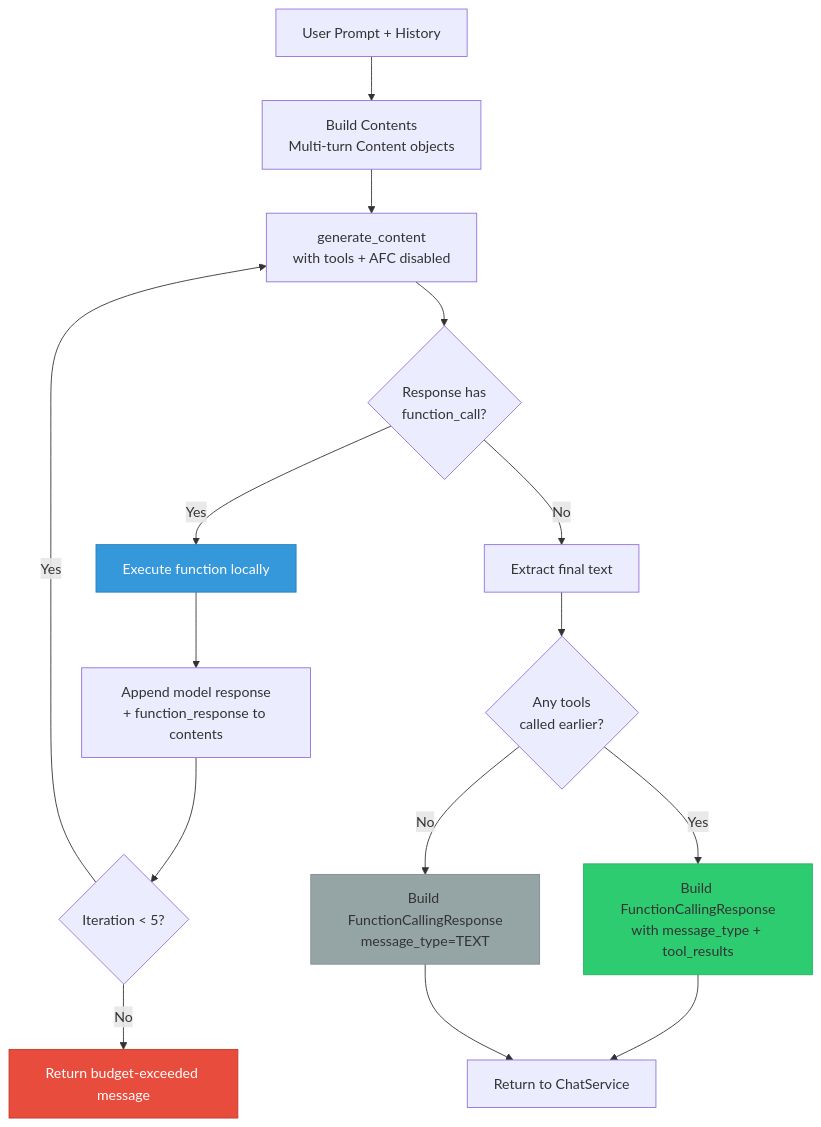
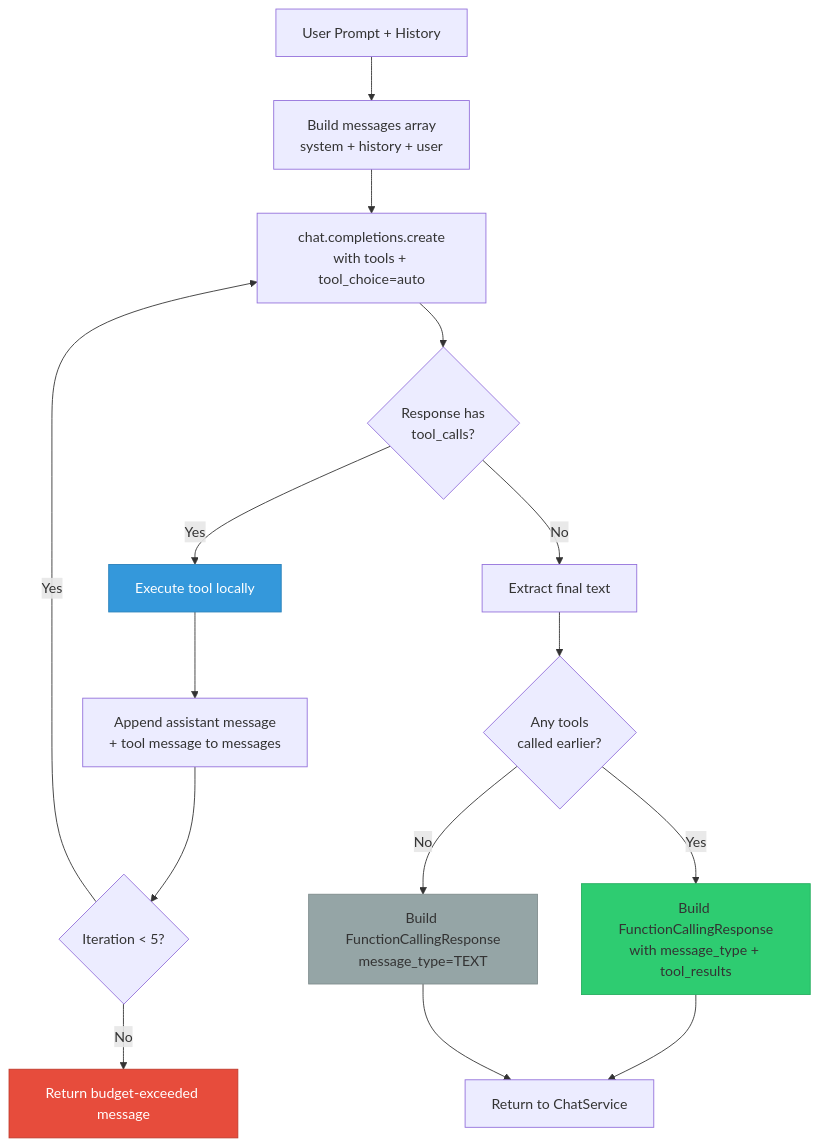
Before and after one commit to Nhan-Laptop/NT208.Q21.ANTN: diagram 23 of 29 in architecture.md, drawn with Mermaid. The commit also changed other lines of this file and 16 other files, not shown here.

First line of the commit message:
docs: update architecture, README, CLAUDE.md — Groq + ChromaDB migration (Session 17)

````diff
--- a/architecture.md
+++ b/architecture.md
@@ -2435,24 +2451,24 @@
 ```mermaid
 flowchart TD
-    A[User Prompt + History] --> B[Build Contents<br/>Multi-turn Content objects]
-    B --> C[generate_content<br/>with tools + AFC disabled]
-    C --> D{Response has<br/>function_call?}
+    A[User Prompt + History] --> B[Build messages array<br/>system + history + user]
+    B --> C[chat.completions.create<br/>with tools + tool_choice=auto]
+    C --> D{Response has<br/>tool_calls?}
 
-    D -->|Yes| E[Execute function locally]
-    E --> F[Append model response<br/>+ function_response to contents]
+    D -->|Yes| E[Execute tool locally]
+    E --> F[Append assistant message<br/>+ tool message to messages]
     F --> G{Iteration < 5?}
     G -->|Yes| C
     G -->|No| H[Return budget-exceeded message]
 
     D -->|No| I[Extract final text]
     I --> J{Any tools<br/>called earlier?}
     J -->|Yes| K[Build FunctionCallingResponse<br/>with message_type + tool_results]
     J -->|No| L[Build FunctionCallingResponse<br/>message_type=TEXT]
     K --> M[Return to ChatService]
     L --> M
 
     style E fill:#3498db,stroke:#2980b9,color:#fff
     style K fill:#2ecc71,stroke:#27ae60
     style L fill:#95a5a6,stroke:#7f8c8d
     style H fill:#e74c3c,stroke:#c0392b,color:#fff
 ```
````
